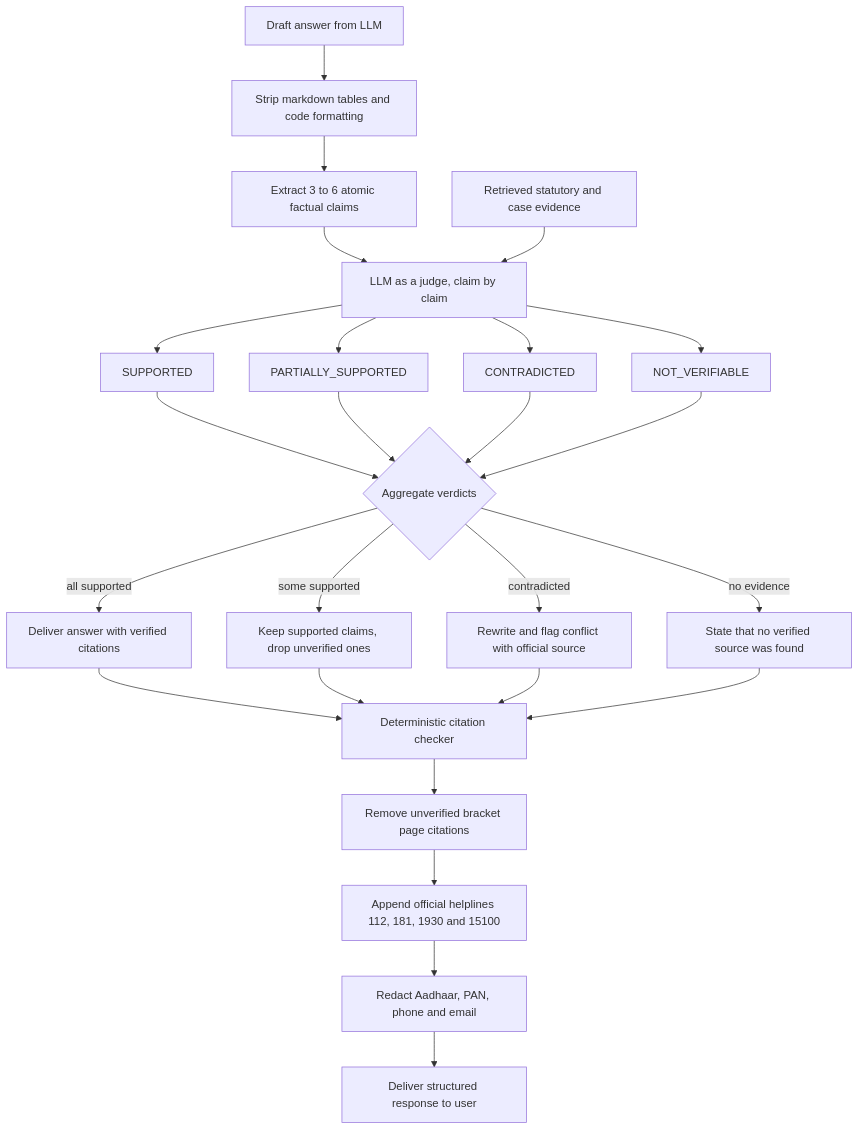
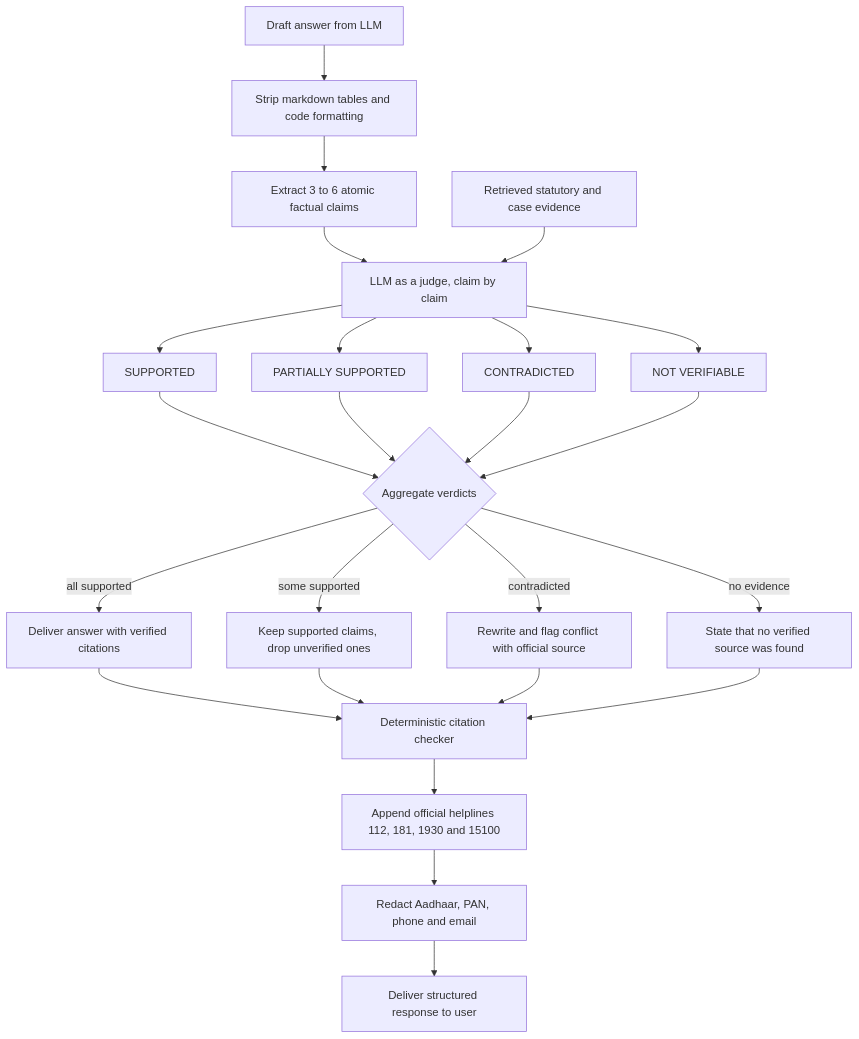
One commit to tanisha-64/NyayaPramaan changed the third of 4 diagrams in README.md. Above: the diagram before and after it, drawn with Mermaid. The commit also changed other lines of this file and 2 other files, not shown here.

Commit message:
docs: split mermaid diagrams across three files to fix GitHub render limit

````diff
--- a/README.md
+++ b/README.md
@@ -433,32 +339,31 @@
 ```mermaid
 flowchart TD
     Raw["Draft answer from LLM"] --> Strip["Strip markdown tables and code formatting"]
     Strip --> Extract["Extract 3 to 6 atomic factual claims"]
     Judge["LLM as a judge, claim by claim"]
     Extract --> Judge
     Evidence["Retrieved statutory and case evidence"] --> Judge
 
     Judge --> V1["SUPPORTED"]
-    Judge --> V2["PARTIALLY_SUPPORTED"]
+    Judge --> V2["PARTIALLY SUPPORTED"]
     Judge --> V3["CONTRADICTED"]
-    Judge --> V4["NOT_VERIFIABLE"]
+    Judge --> V4["NOT VERIFIABLE"]
 
     V1 --> Agg{"Aggregate verdicts"}
     V2 --> Agg
     V3 --> Agg
     V4 --> Agg
 
     Agg -->|"all supported"| Full["Deliver answer with verified citations"]
     Agg -->|"some supported"| Partial["Keep supported claims, drop unverified ones"]
     Agg -->|"contradicted"| Rewrite["Rewrite and flag conflict with official source"]
     Agg -->|"no evidence"| Refuse["State that no verified source was found"]
 
     Full --> Cite["Deterministic citation checker"]
     Partial --> Cite
     Rewrite --> Cite
     Refuse --> Cite
-    Cite --> Bracket["Remove unverified bracket page citations"]
-    Bracket --> Help["Append official helplines 112, 181, 1930 and 15100"]
+    Cite --> Help["Append official helplines 112, 181, 1930 and 15100"]
     Help --> Pii["Redact Aadhaar, PAN, phone and email"]
     Pii --> Final["Deliver structured response to user"]
 ```
````
